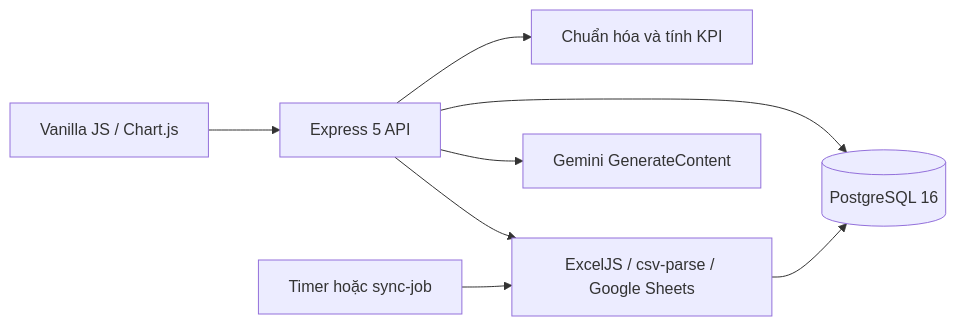
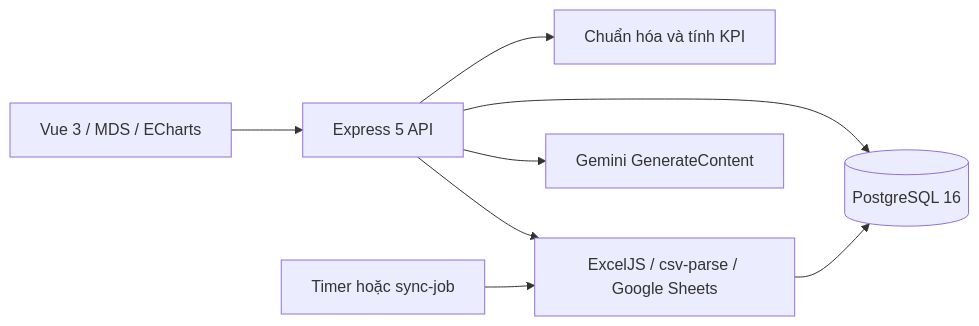
The diagram in memory-bank/02-technology-stack.md (tuannhh/MISA-Event-Report), drawn with Mermaid before and after one commit. The commit also changed other lines of this file and 117 other files, not shown here.

````diff
--- a/memory-bank/02-technology-stack.md
+++ b/memory-bank/02-technology-stack.md
@@ -3,10 +3,10 @@
 ```mermaid
 flowchart LR
-  UI[Vanilla JS / Chart.js] --> API[Express 5 API]
+  UI[Vue 3 / MDS / ECharts] --> API[Express 5 API]
   API --> Domain[Chuẩn hóa và tính KPI]
   API --> PG[(PostgreSQL 16)]
   API --> Import[ExcelJS / csv-parse / Google Sheets]
   API --> AI[Gemini GenerateContent]
   Timer[Timer hoặc sync-job] --> Import
   Import --> PG
 ```
````
